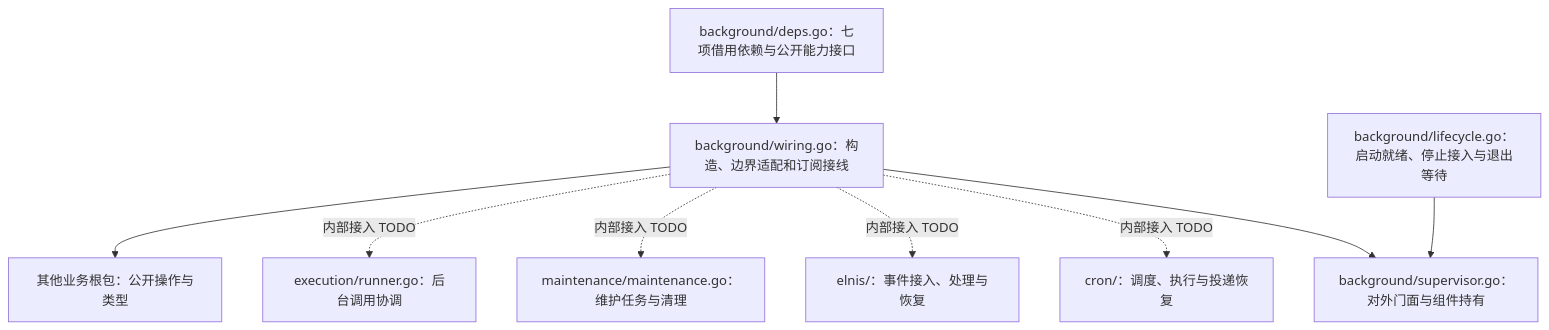
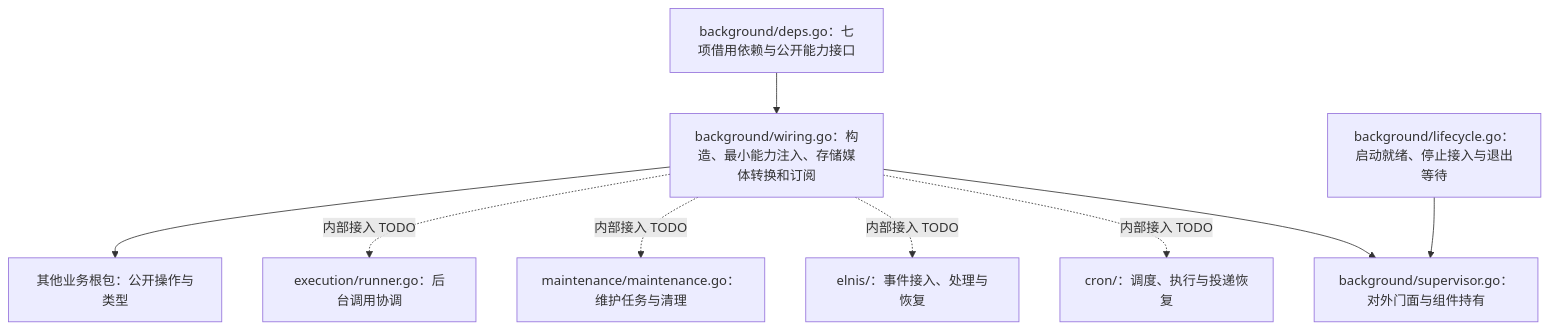
One commit to Elflare/elbot changed diagram 16 of 16 in devdocs/architecture.md. Above: the diagram before and after it, drawn with Mermaid. The commit also changed other lines of this file and 15 other files, not shown here.

````diff
--- a/devdocs/architecture.md
+++ b/devdocs/architecture.md
@@ -587,11 +593,11 @@
 ```mermaid
 flowchart TD
-    D["background/deps.go：七项借用依赖与公开能力接口"] --> W["background/wiring.go：构造、边界适配和订阅接线"]
+    D["background/deps.go：七项借用依赖与公开能力接口"] --> W["background/wiring.go：构造、最小能力注入、存储媒体转换和订阅"]
     W --> S["background/supervisor.go：对外门面与组件持有"]
     L["background/lifecycle.go：启动就绪、停止接入与退出等待"] --> S
     W -.->|内部接入 TODO| C["cron/：调度、执行与投递恢复"]
     W -.->|内部接入 TODO| E["elnis/：事件接入、处理与恢复"]
     W -.->|内部接入 TODO| M["maintenance/maintenance.go：维护任务与清理"]
     W -.->|内部接入 TODO| X["execution/runner.go：后台调用协调"]
     W --> P["其他业务根包：公开操作与类型"]
 ```
````
